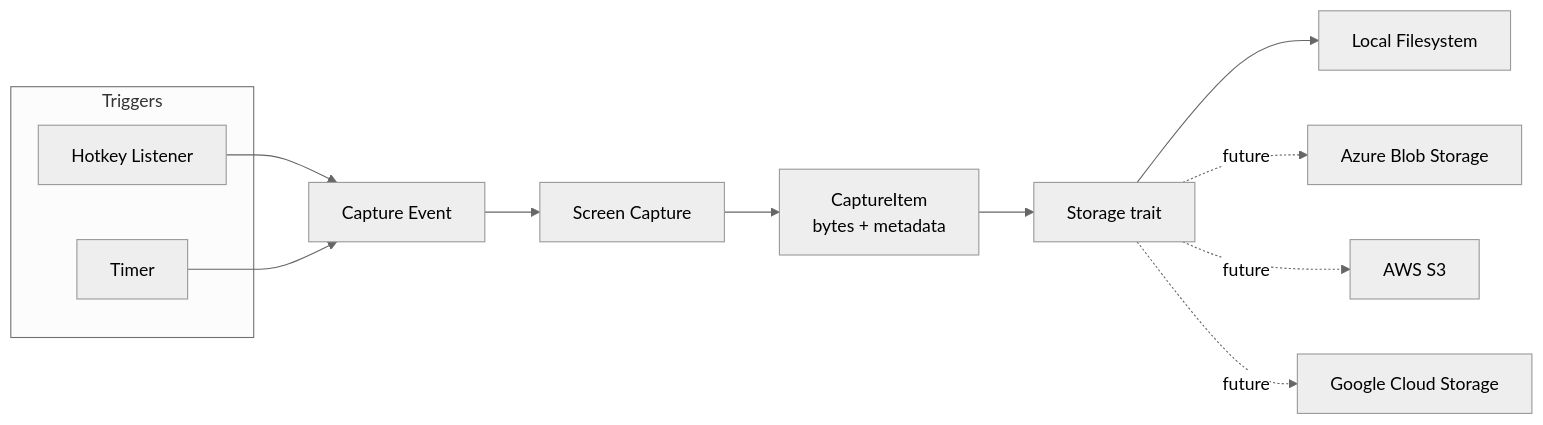
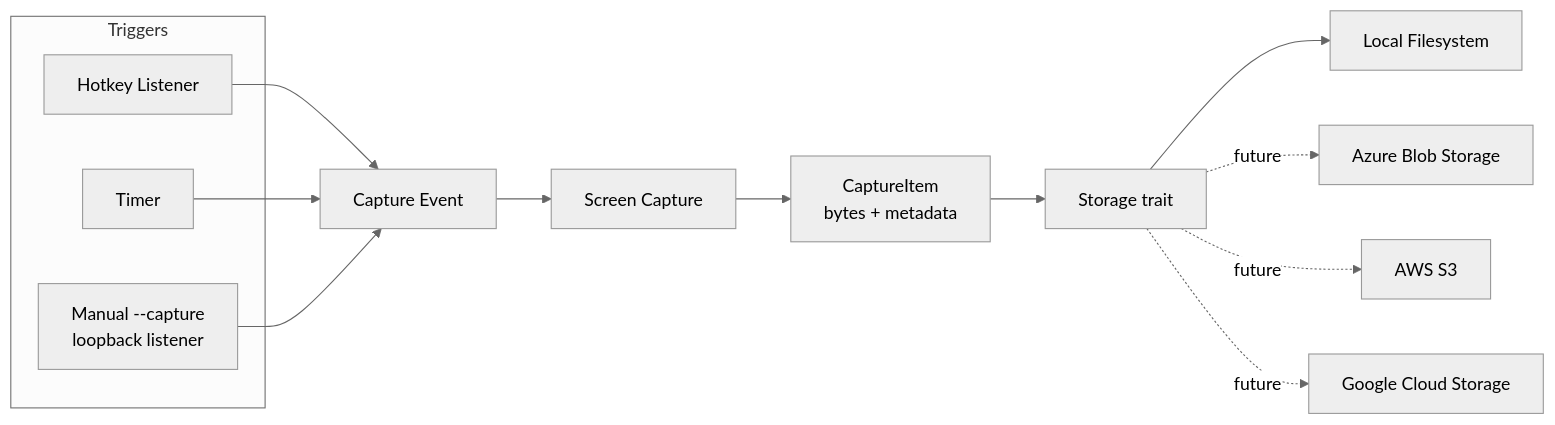
Before and after one commit to belablotski/chronokeysnap: the diagram in README.md, drawn with Mermaid (neutral theme). The commit also changed other lines of this file and 6 other files, not shown here.

````diff
--- a/README.md
+++ b/README.md
@@ -39,16 +45,18 @@
 ```mermaid
 flowchart LR
     subgraph Triggers
         H[Hotkey Listener]
         T[Timer]
+        M[Manual --capture<br/>loopback listener]
     end
     H --> E[Capture Event]
     T --> E
+    M --> E
     E --> C[Screen Capture]
     C --> I[CaptureItem<br/>bytes + metadata]
     I --> S[Storage trait]
     S --> L[Local Filesystem]
     S -.future.-> A[Azure Blob Storage]
     S -.future.-> W[AWS S3]
     S -.future.-> G[Google Cloud Storage]
 ```
````
